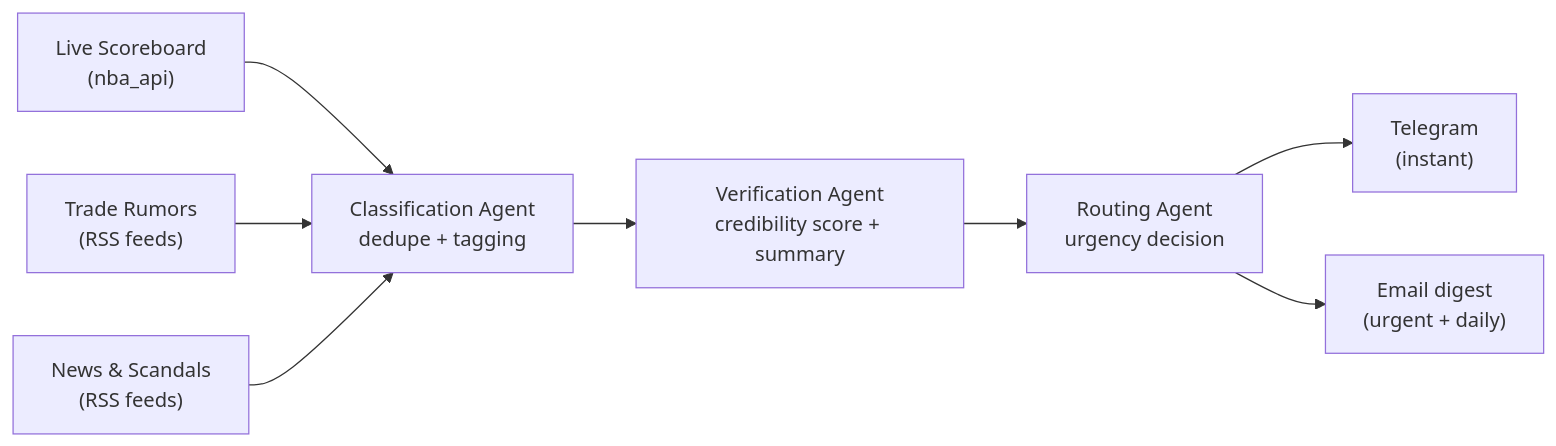
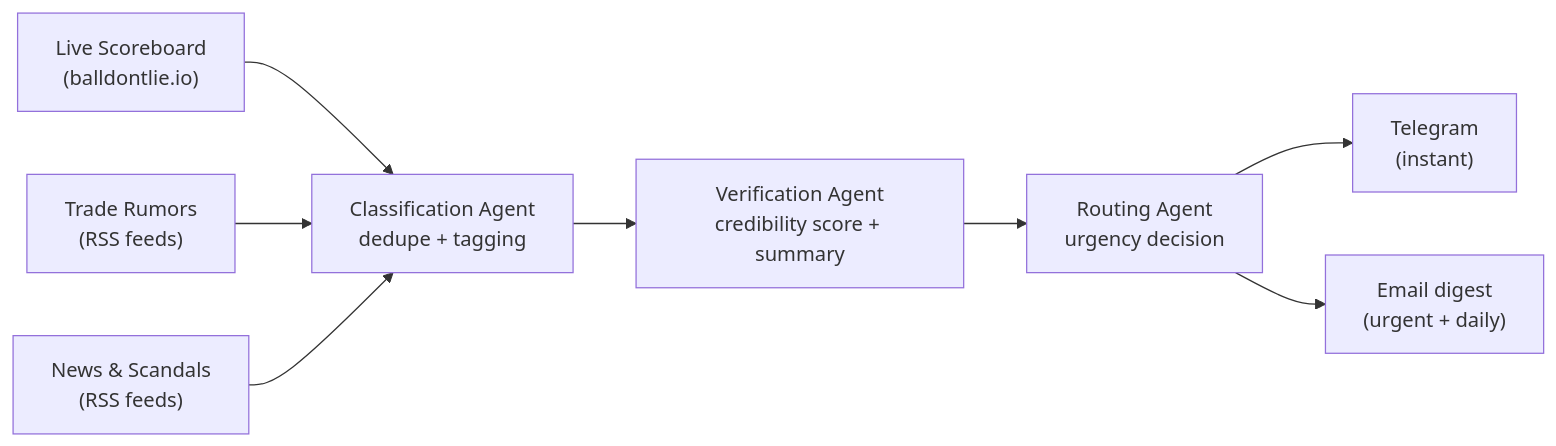
Before and after one commit to stevkouakam/Agent-IA-veille-nba: the diagram in README.md, drawn with Mermaid. The commit also changed other lines of this file and 14 other files, not shown here.

Commit message:
feat: migrate live scoreboard data source from nba_api to balldontlie.io

````diff
--- a/README.md
+++ b/README.md
@@ -22,10 +22,10 @@
 ```mermaid
 flowchart LR
-    A["Live Scoreboard<br/>(nba_api)"] --> D["Classification Agent<br/>dedupe + tagging"]
+    A["Live Scoreboard<br/>(balldontlie.io)"] --> D["Classification Agent<br/>dedupe + tagging"]
     B["Trade Rumors<br/>(RSS feeds)"] --> D
     C["News & Scandals<br/>(RSS feeds)"] --> D
     D --> E["Verification Agent<br/>credibility score + summary"]
     E --> F["Routing Agent<br/>urgency decision"]
     F --> G["Telegram<br/>(instant)"]
     F --> H["Email digest<br/>(urgent + daily)"]
 ```
````
